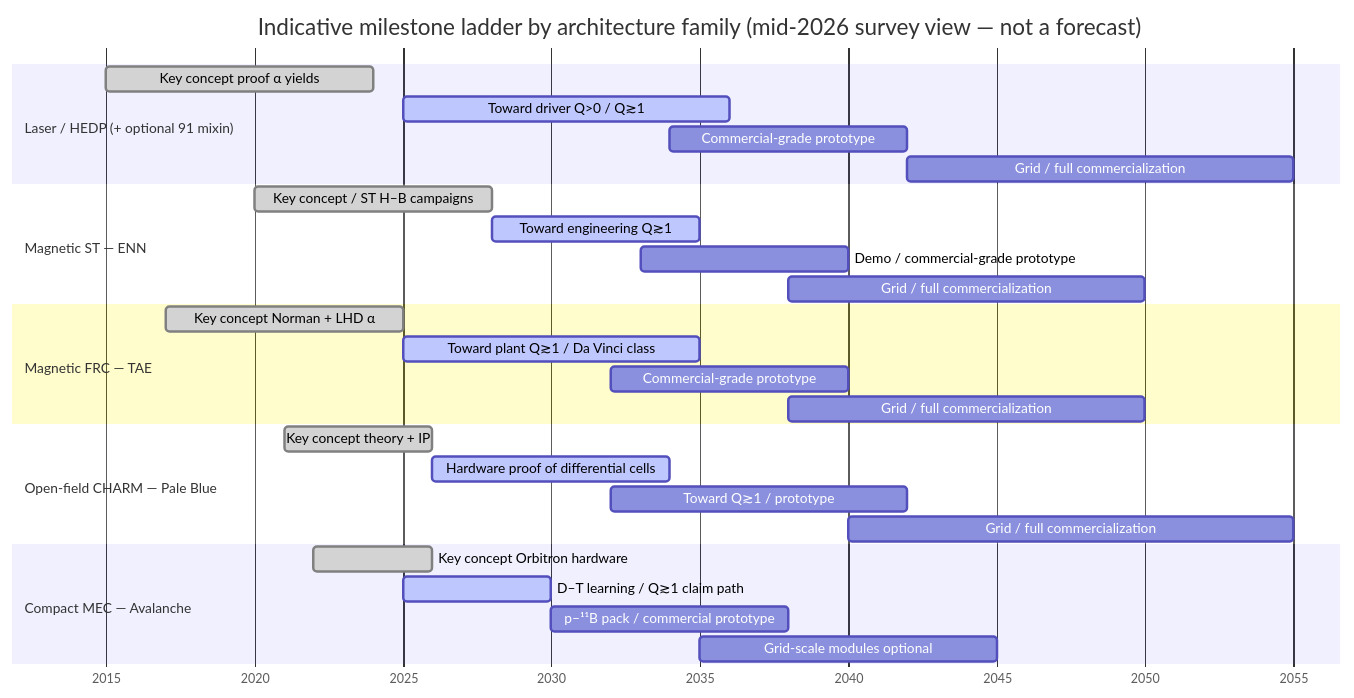
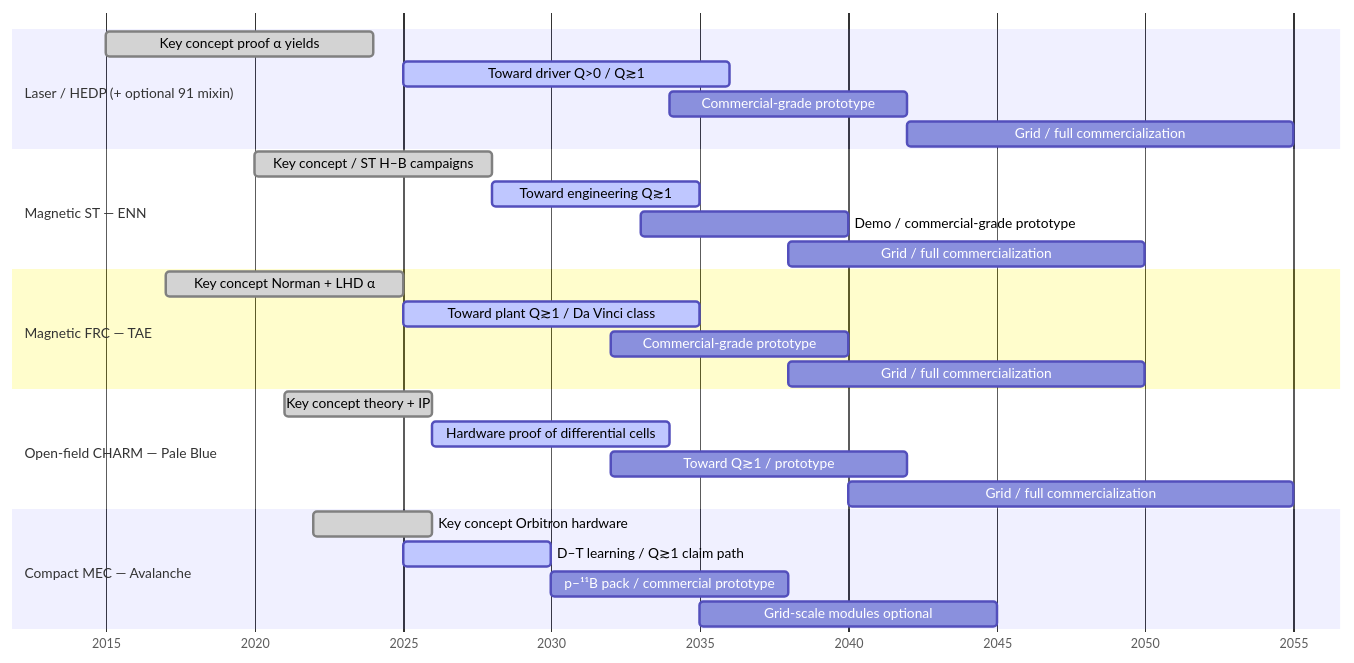
The second of 5 diagrams in arxiv.md (catskillsresearch/pb11_fusion_soa_2026), drawn with Mermaid before and after one commit. The commit also changed other lines of this file and 1 other file, not shown here.

First line of the commit message:
Give Figure 2 its own caption from the Gantt title.

````diff
--- a/arxiv.md
+++ b/arxiv.md
@@ -94,36 +96,35 @@
 ```mermaid
 gantt
-  title Indicative milestone ladder by architecture family (mid-2026 survey view — not a forecast)
   dateFormat YYYY
   axisFormat %Y
 
   section Laser / HEDP (+ optional 91 mixin)
   Key concept proof α yields           :done, lh1, 2015, 2024
   Toward driver Q>0 / Q≳1              :active, lh2, 2025, 2036
   Commercial-grade prototype           :lh3, 2034, 2042
   Grid / full commercialization        :lh4, 2042, 2055
 
   section Magnetic ST — ENN
   Key concept / ST H–B campaigns       :done, en1, 2020, 2028
   Toward engineering Q≳1               :active, en2, 2028, 2035
   Demo / commercial-grade prototype    :en3, 2033, 2040
   Grid / full commercialization        :en4, 2038, 2050
 
   section Magnetic FRC — TAE
   Key concept Norman + LHD α           :done, ta1, 2017, 2025
   Toward plant Q≳1 / Da Vinci class    :active, ta2, 2025, 2035
   Commercial-grade prototype           :ta3, 2032, 2040
   Grid / full commercialization        :ta4, 2038, 2050
 
   section Open-field CHARM — Pale Blue
   Key concept theory + IP              :done, pb1, 2021, 2026
   Hardware proof of differential cells :active, pb2, 2026, 2034
   Toward Q≳1 / prototype               :pb3, 2032, 2042
   Grid / full commercialization        :pb4, 2040, 2055
 
   section Compact MEC — Avalanche
   Key concept Orbitron hardware        :done, av1, 2022, 2026
   D–T learning / Q≳1 claim path        :active, av2, 2025, 2030
   p–¹¹B pack / commercial prototype    :av3, 2030, 2038
   Grid-scale modules optional          :av4, 2035, 2045
 ```
````
